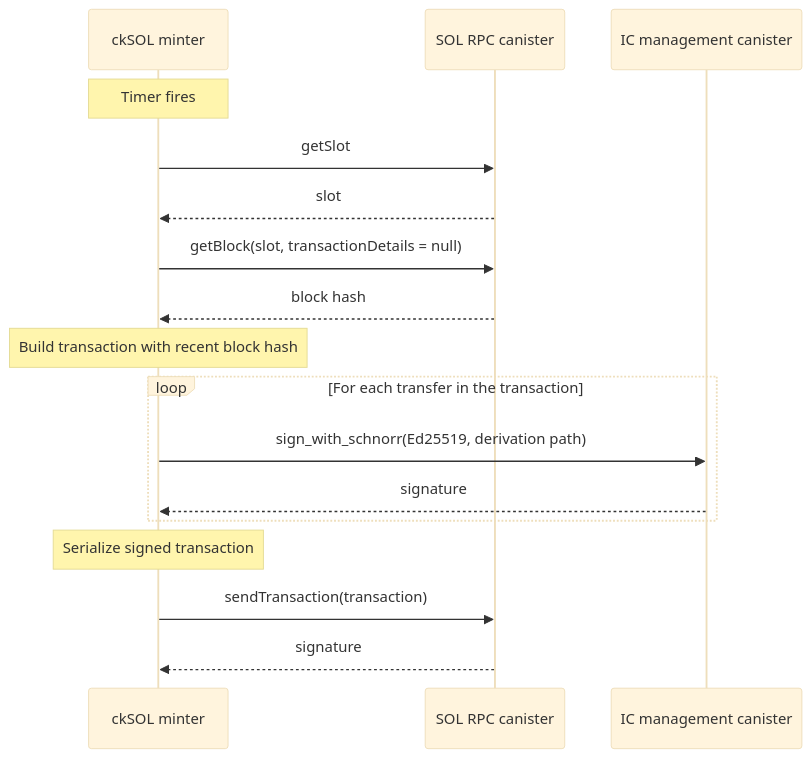
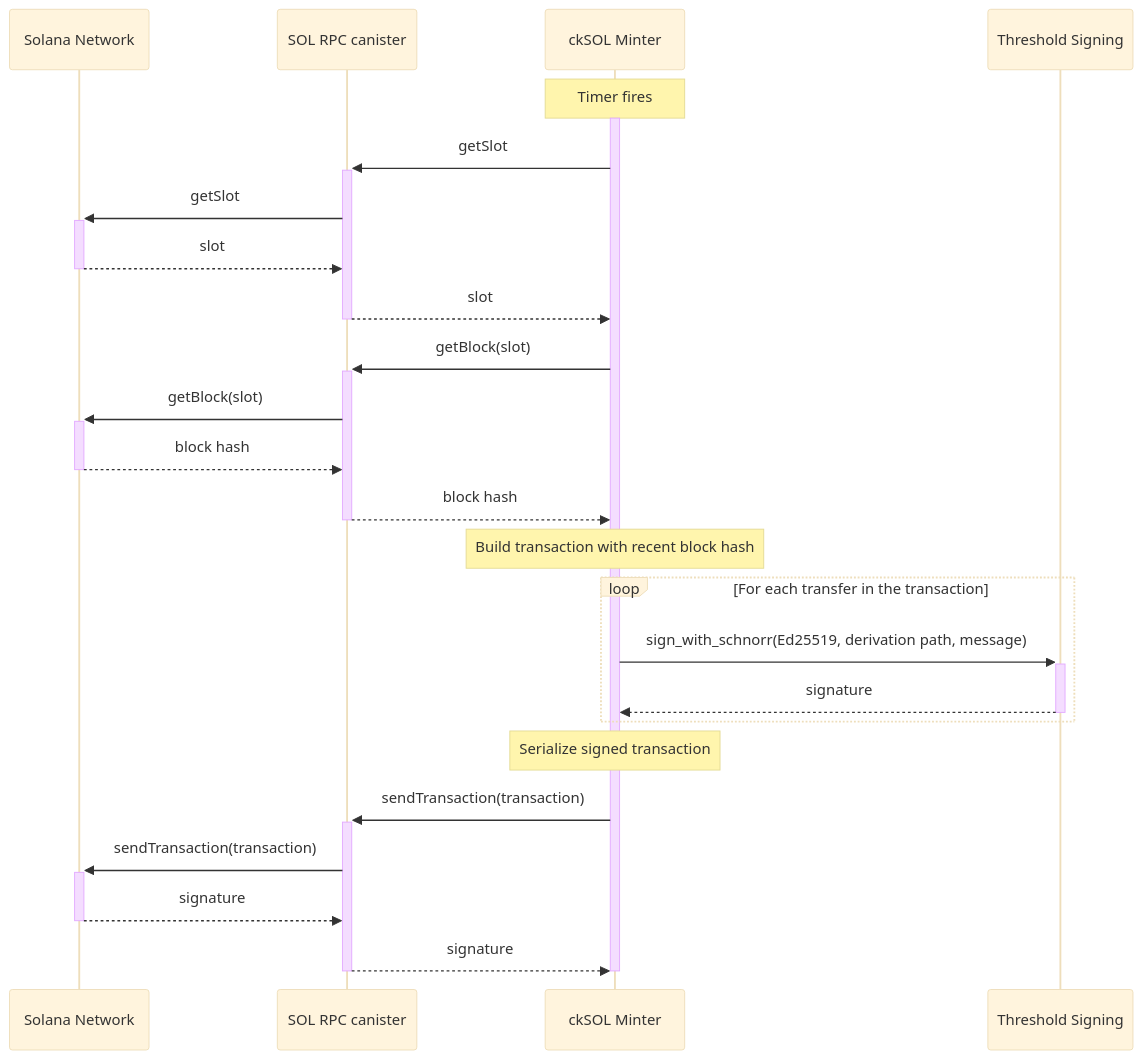
Before and after one commit to dfinity/cksol: the fourth of 7 diagrams in docs/design.md, drawn with Mermaid (base theme).

Commit message:
docs: match the consolidation flow diagram to the original figure
Claude-Session: https://claude.ai/code/session_01VpFpbJ5sgNutGGJUQ5dmkr

````diff
--- a/docs/design.md
+++ b/docs/design.md
@@ -329,20 +329,29 @@
 ```mermaid
 sequenceDiagram
-    participant Minter as ckSOL minter
+    participant Solana as Solana Network
     participant RPC as SOL RPC canister
-    participant Mgmt as IC management canister
+    participant Minter as ckSOL Minter
+    participant Signer as Threshold Signing
 
     Note over Minter: Timer fires
-    Minter->>RPC: getSlot
-    RPC-->>Minter: slot
-    Minter->>RPC: getBlock(slot, transactionDetails = null)
-    RPC-->>Minter: block hash
+    activate Minter
+    Minter->>+RPC: getSlot
+    RPC->>+Solana: getSlot
+    Solana-->>-RPC: slot
+    RPC-->>-Minter: slot
+    Minter->>+RPC: getBlock(slot)
+    RPC->>+Solana: getBlock(slot)
+    Solana-->>-RPC: block hash
+    RPC-->>-Minter: block hash
     Note over Minter: Build transaction with recent block hash
     loop For each transfer in the transaction
-        Minter->>Mgmt: sign_with_schnorr(Ed25519, derivation path)
-        Mgmt-->>Minter: signature
+        Minter->>+Signer: sign_with_schnorr(Ed25519, derivation path, message)
+        Signer-->>-Minter: signature
     end
     Note over Minter: Serialize signed transaction
-    Minter->>RPC: sendTransaction(transaction)
-    RPC-->>Minter: signature
+    Minter->>+RPC: sendTransaction(transaction)
+    RPC->>+Solana: sendTransaction(transaction)
+    Solana-->>-RPC: signature
+    RPC-->>-Minter: signature
+    deactivate Minter
 ```
````
